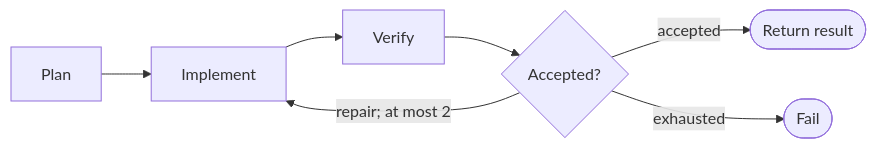
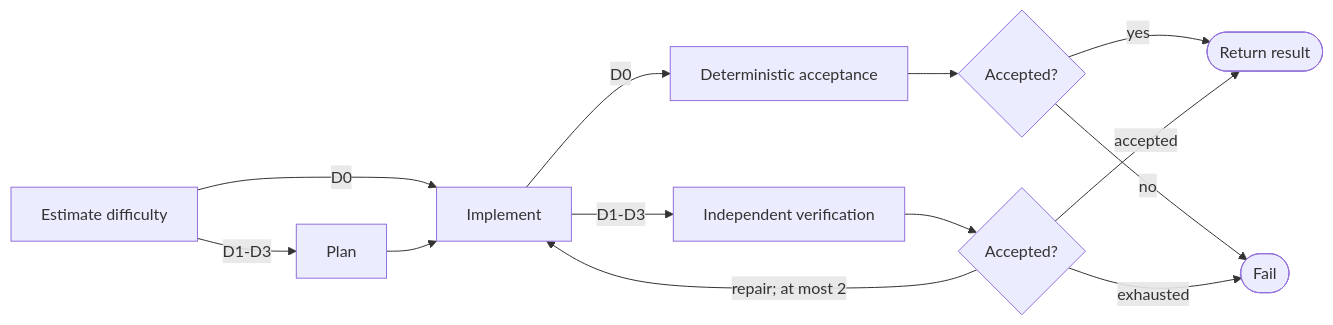
Before and after one commit to matthis-k/phenix-agent-harness: the diagram in modules/phenix-pi/definitions/workflows/sources/implement.workflow.md, drawn with Mermaid. The commit also changed other lines of this file, not shown here.

Commit message:
feat(workflows): vary implementation flow by estimated difficulty

````diff
--- a/modules/phenix-pi/definitions/workflows/sources/implement.workflow.md
+++ b/modules/phenix-pi/definitions/workflows/sources/implement.workflow.md
@@ -16,9 +16,15 @@
 ```mermaid
 flowchart LR
-    plan[Plan] --> implement[Implement]
-    implement --> verify[Verify]
+    estimate[Estimate difficulty] -->|D0| implement[Implement]
+    estimate -->|D1-D3| plan[Plan]
+    plan --> implement
+    implement -->|D0| trivial[Deterministic acceptance]
+    trivial --> trivialDecision{Accepted?}
+    trivialDecision -->|yes| return([Return result])
+    trivialDecision -->|no| fail([Fail])
+    implement -->|D1-D3| verify[Independent verification]
     verify --> accepted{Accepted?}
-    accepted -->|accepted| return([Return result])
+    accepted -->|accepted| return
     accepted -->|repair; at most 2| implement
-    accepted -->|exhausted| fail([Fail])
+    accepted -->|exhausted| fail
 ```
````
